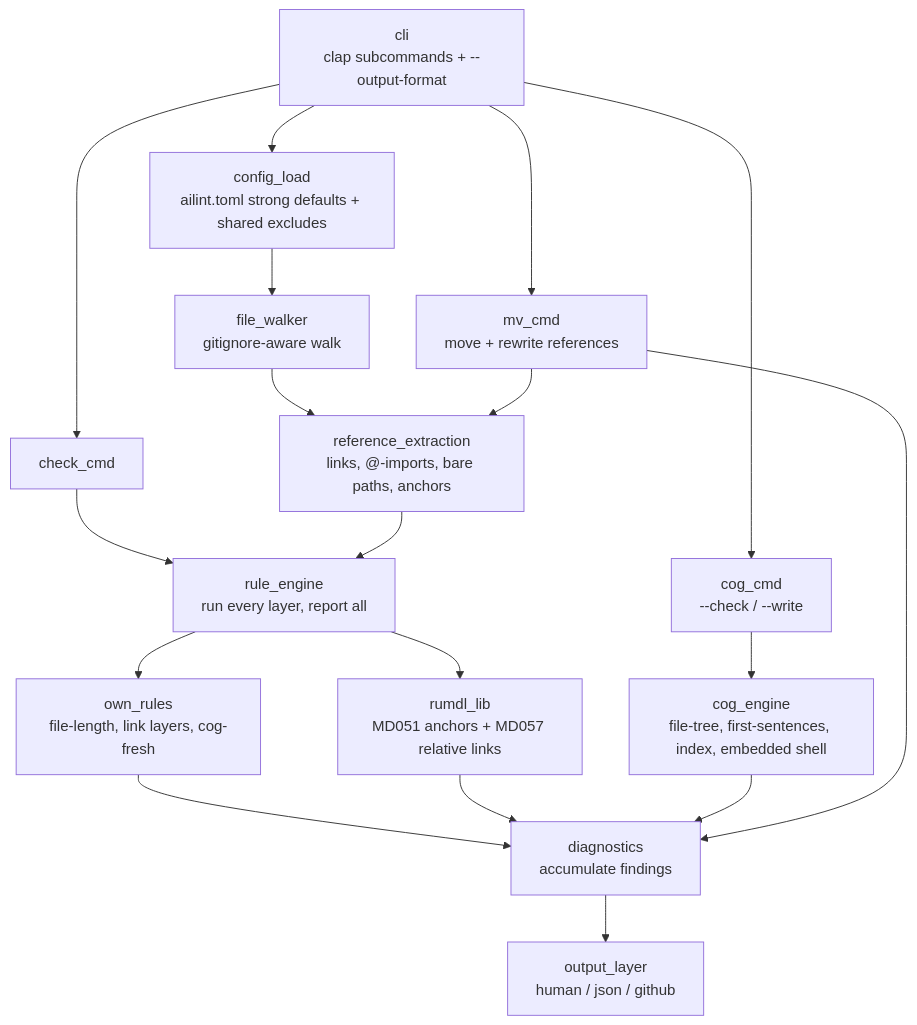
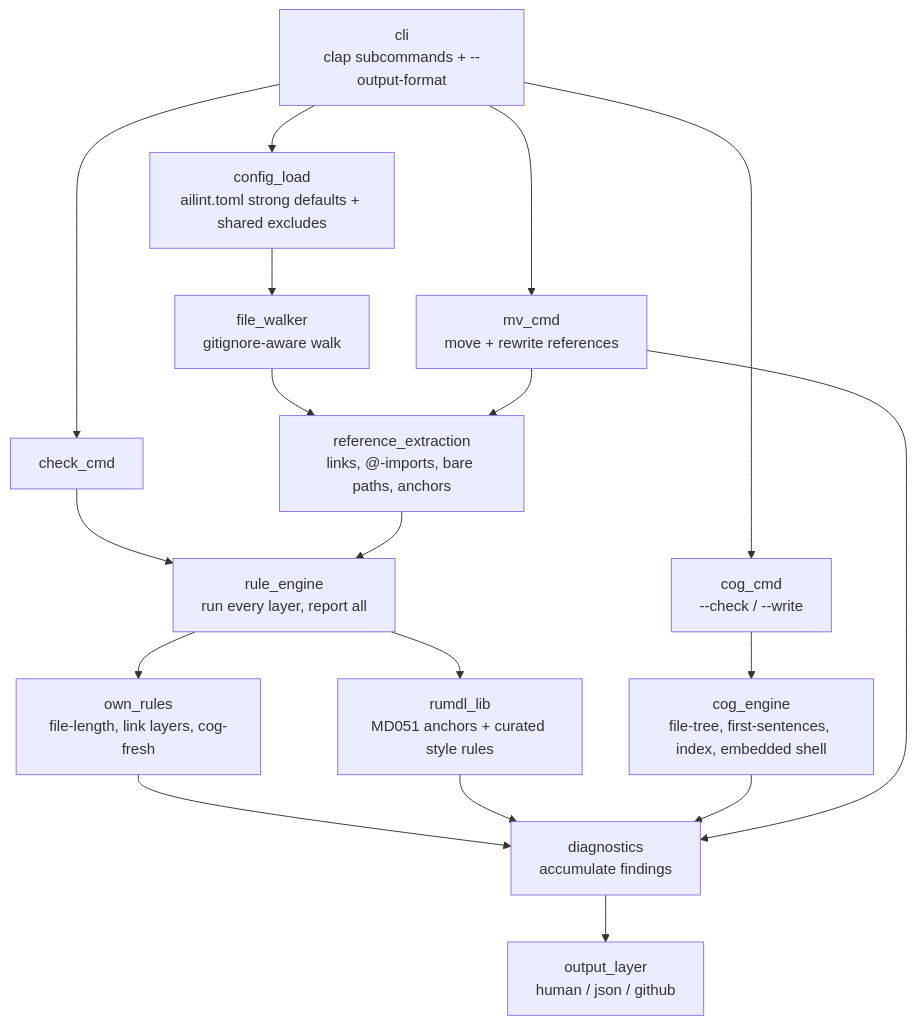
One commit to nathanielobrown/aigarden changed the diagram in docs/design.md. Above: the diagram before and after it, drawn with Mermaid. The commit also changed other lines of this file, not shown here.

First line of the commit message:
📚 design: link-target own-implemented, markdown-style curated + --fix

````diff
--- a/docs/design.md
+++ b/docs/design.md
@@ -9,24 +9,24 @@
 ```mermaid
 flowchart TD
     cli[cli<br>clap subcommands + --output-format] --> config_load[config_load<br>ailint.toml strong defaults + shared excludes]
     config_load --> file_walker[file_walker<br>gitignore-aware walk]
     file_walker --> reference_extraction[reference_extraction<br>links, @-imports, bare paths, anchors]
 
     cli --> check_cmd[check_cmd]
     cli --> cog_cmd[cog_cmd<br>--check / --write]
     cli --> mv_cmd[mv_cmd<br>move + rewrite references]
 
     check_cmd --> rule_engine[rule_engine<br>run every layer, report all]
     reference_extraction --> rule_engine
     rule_engine --> own_rules[own_rules<br>file-length, link layers, cog-fresh]
-    rule_engine --> rumdl_lib[rumdl_lib<br>MD051 anchors + MD057 relative links]
+    rule_engine --> rumdl_lib[rumdl_lib<br>MD051 anchors + curated style rules]
 
     cog_cmd --> cog_engine[cog_engine<br>file-tree, first-sentences, index, embedded shell]
     mv_cmd --> reference_extraction
 
     own_rules --> diagnostics[diagnostics<br>accumulate findings]
     rumdl_lib --> diagnostics
     cog_engine --> diagnostics
     mv_cmd --> diagnostics
     diagnostics --> output_layer[output_layer<br>human / json / github]
 ```
````
